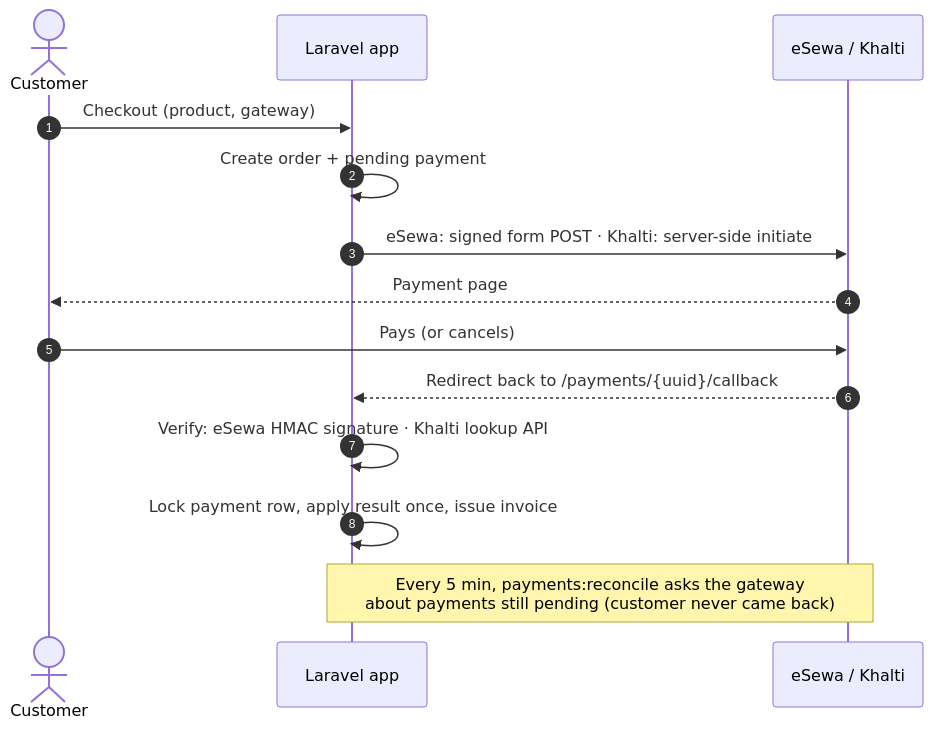
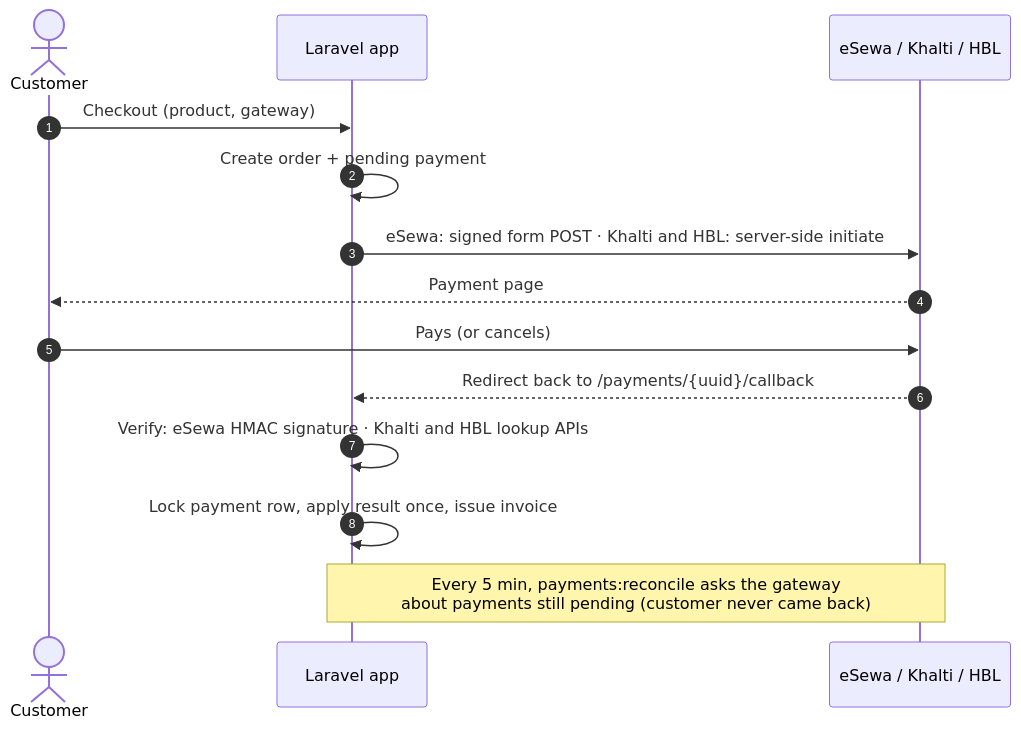
Before and after one commit to Schaulagain/laravel-nepal-payments: the diagram in README.md, drawn with Mermaid. The commit also changed other lines of this file and 17 other files, not shown here.

````diff
--- a/README.md
+++ b/README.md
@@ -13,16 +15,16 @@
 ```mermaid
 sequenceDiagram
     autonumber
     actor C as Customer
     participant A as Laravel app
-    participant G as eSewa / Khalti
+    participant G as eSewa / Khalti / HBL
     C->>A: Checkout (product, gateway)
     A->>A: Create order + pending payment
-    A->>G: eSewa: signed form POST · Khalti: server-side initiate
+    A->>G: eSewa: signed form POST · Khalti and HBL: server-side initiate
     G-->>C: Payment page
     C->>G: Pays (or cancels)
     G-->>A: Redirect back to /payments/{uuid}/callback
-    A->>A: Verify: eSewa HMAC signature · Khalti lookup API
+    A->>A: Verify: eSewa HMAC signature · Khalti and HBL lookup APIs
     A->>A: Lock payment row, apply result once, issue invoice
     Note over A,G: Every 5 min, payments:reconcile asks the gateway<br/>about payments still pending (customer never came back)
 ```
````
